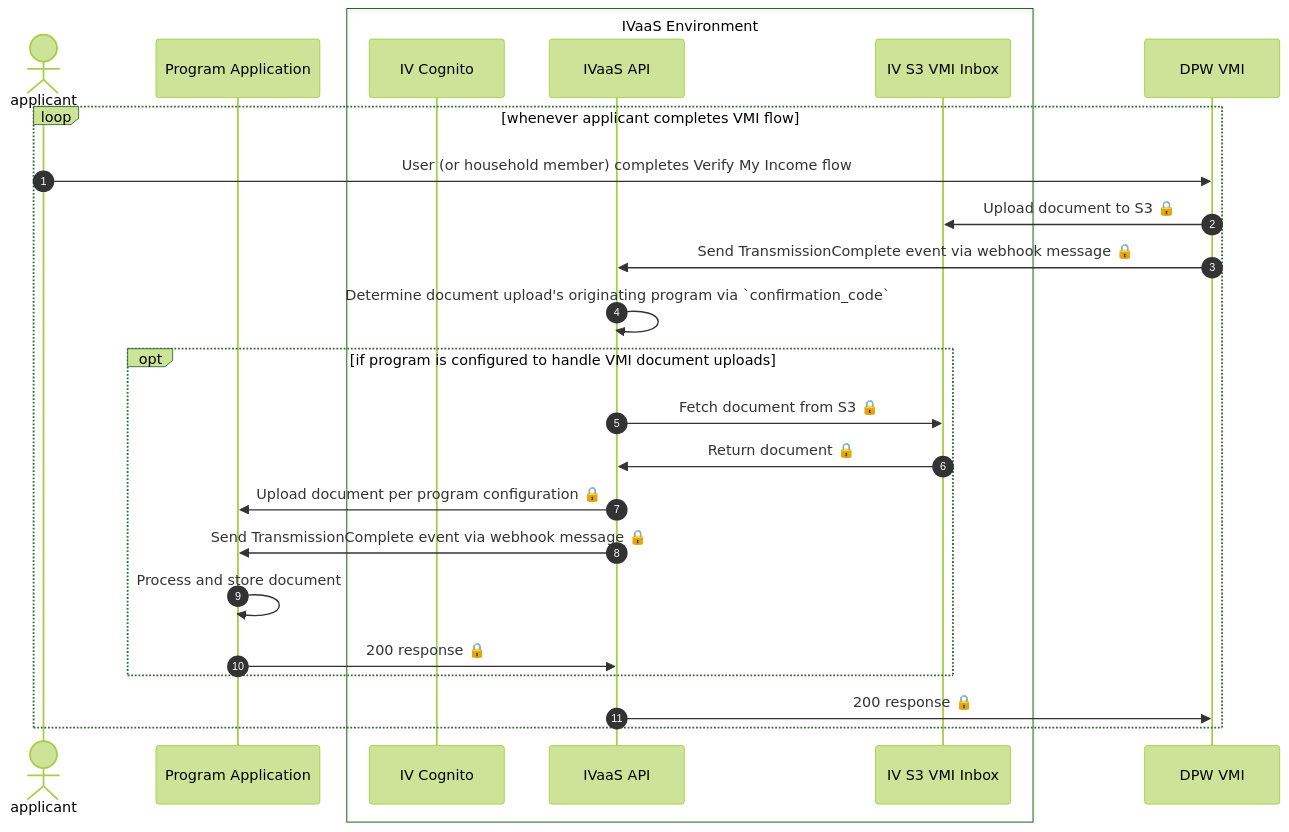
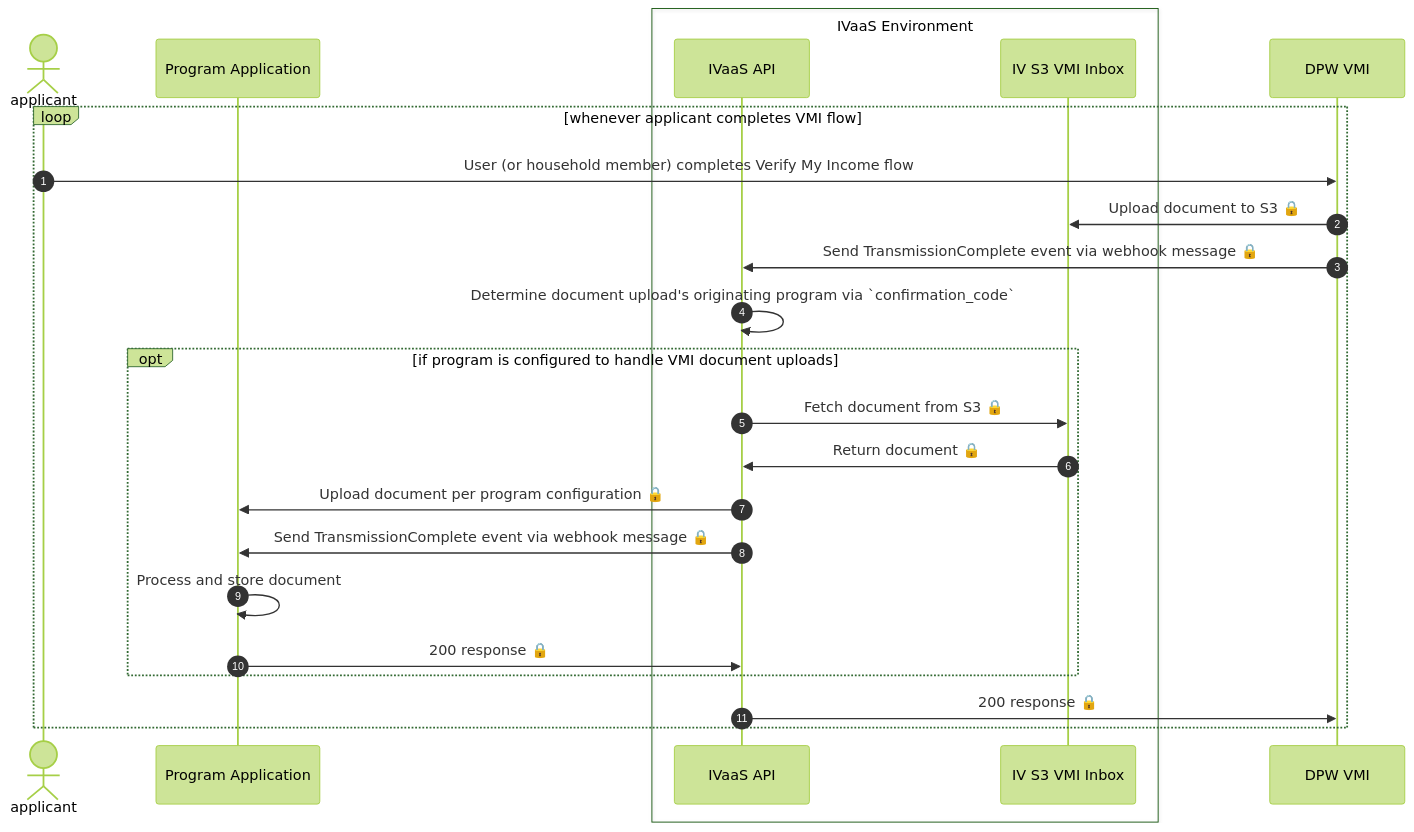
Before and after one commit to coloradodigitalservice/ivaas: the sixth of 6 diagrams in income-verification-api/packages/adapters/dpw-vmi/docs/data-flow.md, drawn with Mermaid (forest theme). The commit also changed other lines of this file, not shown here.

Commit message:
Add pilot phase data flow diagrams

````diff
--- a/income-verification-api/packages/adapters/dpw-vmi/docs/data-flow.md
+++ b/income-verification-api/packages/adapters/dpw-vmi/docs/data-flow.md
@@ -99,30 +177,29 @@
 ```mermaid
     sequenceDiagram
     autonumber
 
     actor applicant
     participant programApp as Program Application
     box IVaaS Environment
-        participant cognito as IV Cognito
         participant api as IVaaS API
-          participant s3 as IV S3 VMI Inbox
+        participant s3 as IV S3 VMI Inbox
     end
     participant vmi as DPW VMI
     
     loop whenever applicant completes VMI flow
         applicant->>vmi: User (or household member) completes Verify My Income flow
         vmi->>s3: Upload document to S3 🔒
         vmi->>api: Send TransmissionComplete event via webhook message 🔒
         api->>api: Determine document upload's originating program via `confirmation_code`
    
         opt if program is configured to handle VMI document uploads
             api->>s3: Fetch document from S3 🔒
             s3->>api: Return document 🔒
             api->>programApp: Upload document per program configuration 🔒
             api->>programApp: Send TransmissionComplete event via webhook message 🔒
             programApp->>programApp: Process and store document
             programApp->>api: 200 response 🔒
         end
         api->>vmi: 200 response 🔒
     end
 ```
````
